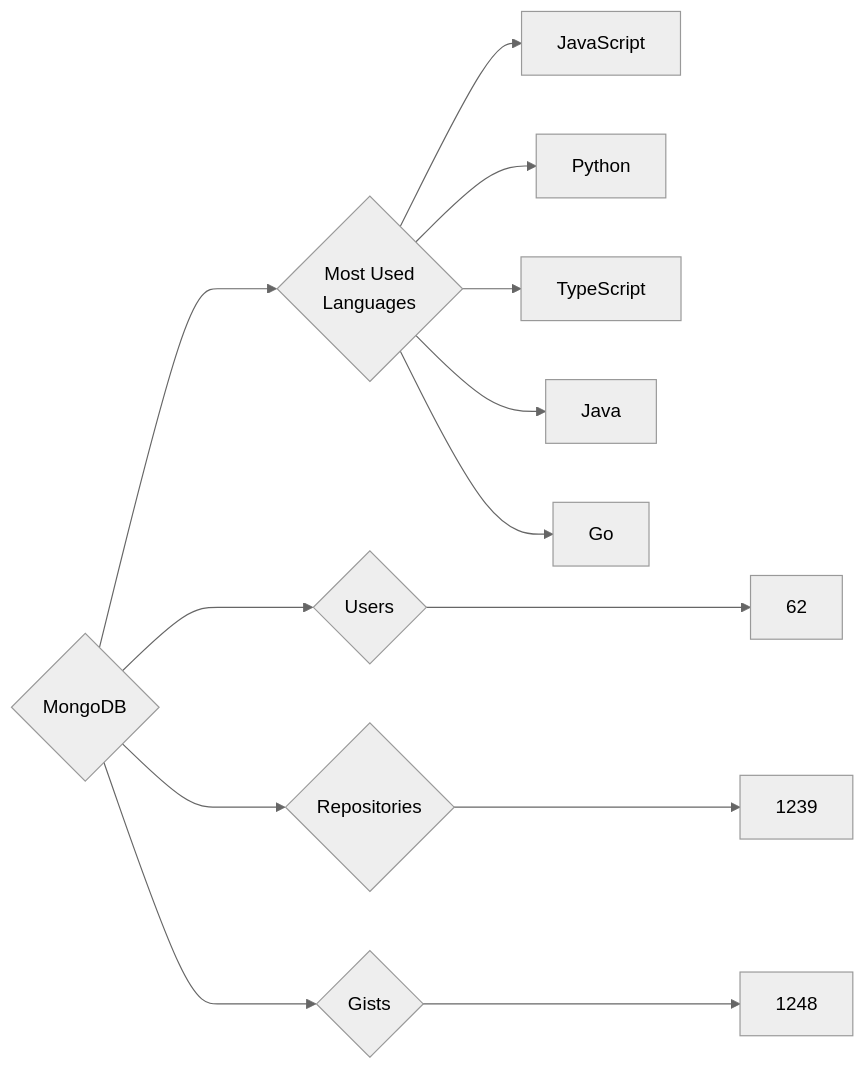
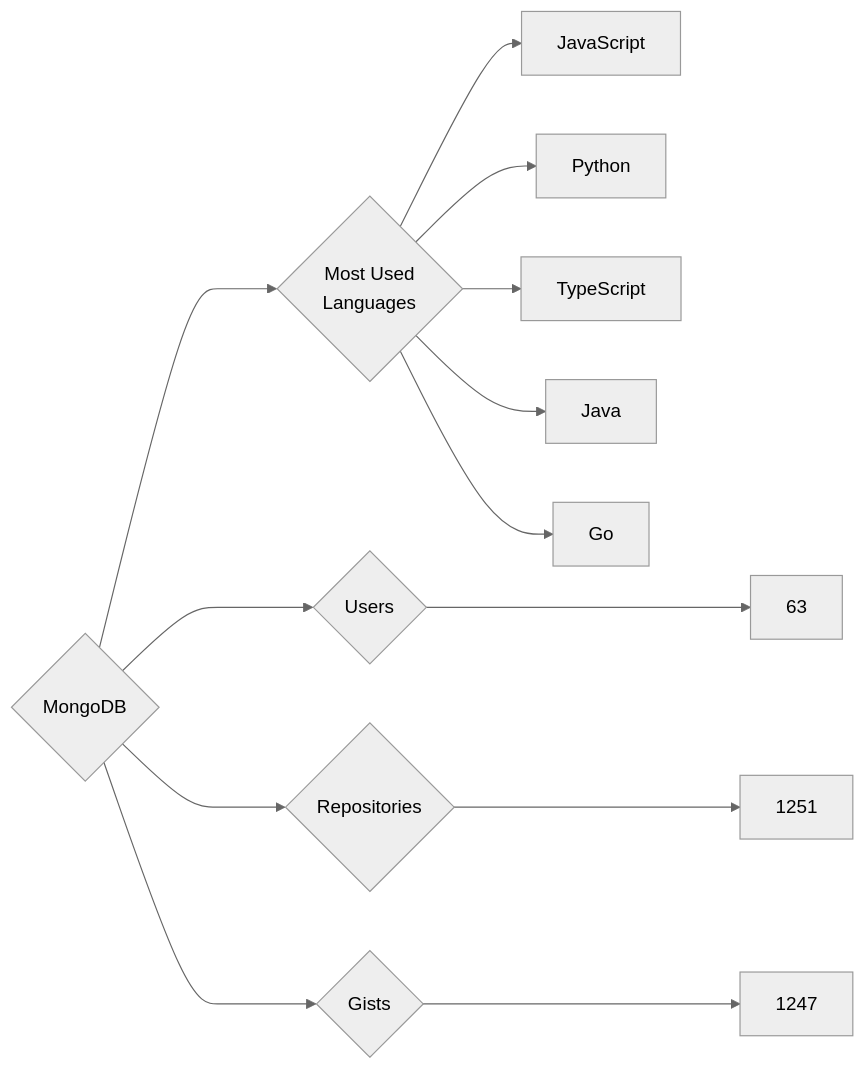
Before and after one commit to trickest/insiders: the diagram in targets/MongoDB/README.md, drawn with Mermaid (neutral theme). The commit also changed 1508 other files, not shown here.

````diff
--- a/targets/MongoDB/README.md
+++ b/targets/MongoDB/README.md
@@ -3,13 +3,13 @@
 ```mermaid
 graph LR
 COMPANY_NAME{MongoDB}
-COMPANY_NAME ---> U{Users} ---> UN[62]
-COMPANY_NAME ---> R{Repositories} ---> RN[1239]
-COMPANY_NAME ---> G{Gists} ---> GN[1248]
+COMPANY_NAME ---> U{Users} ---> UN[63]
+COMPANY_NAME ---> R{Repositories} ---> RN[1251]
+COMPANY_NAME ---> G{Gists} ---> GN[1247]
 COMPANY_NAME ---> ML{Most Used<br>Languages}
 ML --> JavaScript[JavaScript]
 ML --> Python[Python]
 ML --> TypeScript[TypeScript]
 ML --> Java[Java]
 ML --> Go[Go]
 ```
````
